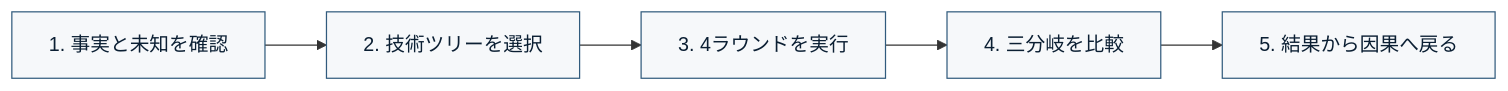
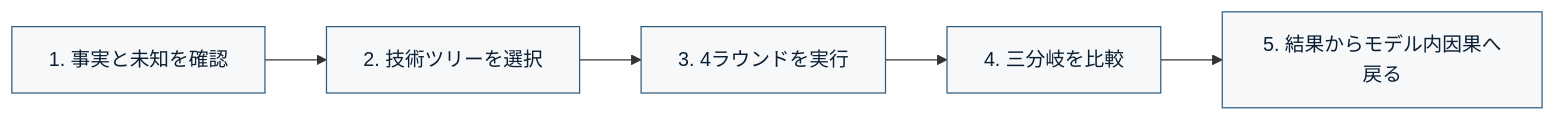
The second of 2 diagrams in README.md (nexus-ai-2045/space-civilization-choice), drawn with Mermaid before and after one commit. The commit also changed other lines of this file and 19 other files, not shown here.

````diff
--- a/README.md
+++ b/README.md
@@ -90,10 +90,10 @@
 ```mermaid
 flowchart LR
   P1["1. 事実と未知を確認"] --> P2["2. 技術ツリーを選択"]
   P2 --> P3["3. 4ラウンドを実行"]
   P3 --> P4["4. 三分岐を比較"]
-  P4 --> P5["5. 結果から因果へ戻る"]
+  P4 --> P5["5. 結果からモデル内因果へ戻る"]
 
   classDef step fill:#f6f8fa,stroke:#315b7d,color:#0b1f33;
   class P1,P2,P3,P4,P5 step;
 ```
````
